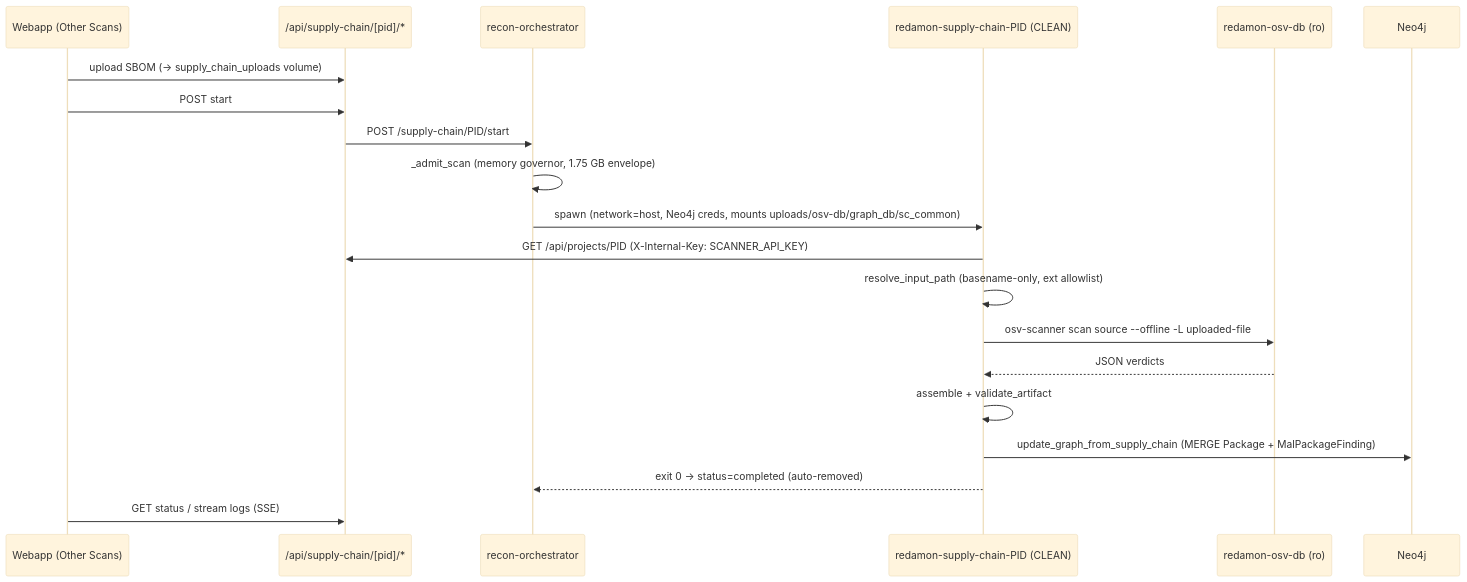
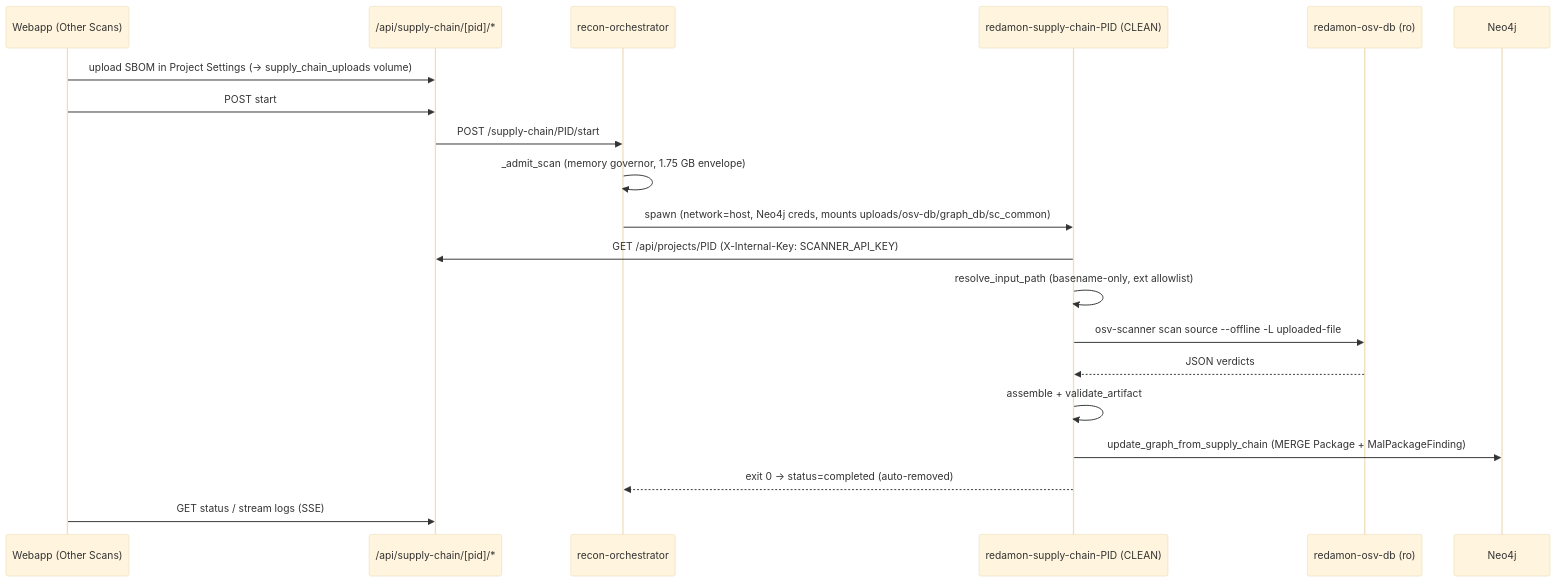
The fourth of 7 diagrams in docs/readmes/README.SUPPLY_CHAIN.md (L4stPL4Y3R/redamon), drawn with Mermaid (base theme) before and after one commit. The commit also changed other lines of this file and 21 other files, not shown here.

First line of the commit message:
refactor(supply-chain): the input moves to project settings, plus an org batch

````diff
--- a/docs/readmes/README.SUPPLY_CHAIN.md
+++ b/docs/readmes/README.SUPPLY_CHAIN.md
@@ -480,23 +484,23 @@
 ```mermaid
 sequenceDiagram
     participant UI as Webapp (Other Scans)
     participant WEBROUTE as /api/supply-chain/[pid]/*
     participant ORCH as recon-orchestrator
     participant SCAN as redamon-supply-chain-PID (CLEAN)
     participant OSVDB as redamon-osv-db (ro)
     participant NEO as Neo4j
 
-    UI->>WEBROUTE: upload SBOM (-> supply_chain_uploads volume)
+    UI->>WEBROUTE: upload SBOM in Project Settings (-> supply_chain_uploads volume)
     UI->>WEBROUTE: POST start
     WEBROUTE->>ORCH: POST /supply-chain/PID/start
     ORCH->>ORCH: _admit_scan (memory governor, 1.75 GB envelope)
     ORCH->>SCAN: spawn (network=host, Neo4j creds, mounts uploads/osv-db/graph_db/sc_common)
     SCAN->>WEBROUTE: GET /api/projects/PID (X-Internal-Key: SCANNER_API_KEY)
     SCAN->>SCAN: resolve_input_path (basename-only, ext allowlist)
     SCAN->>OSVDB: osv-scanner scan source --offline -L uploaded-file
     OSVDB-->>SCAN: JSON verdicts
     SCAN->>SCAN: assemble + validate_artifact
     SCAN->>NEO: update_graph_from_supply_chain (MERGE Package + MalPackageFinding)
     SCAN-->>ORCH: exit 0 -> status=completed (auto-removed)
     UI->>WEBROUTE: GET status / stream logs (SSE)
 ```
````
